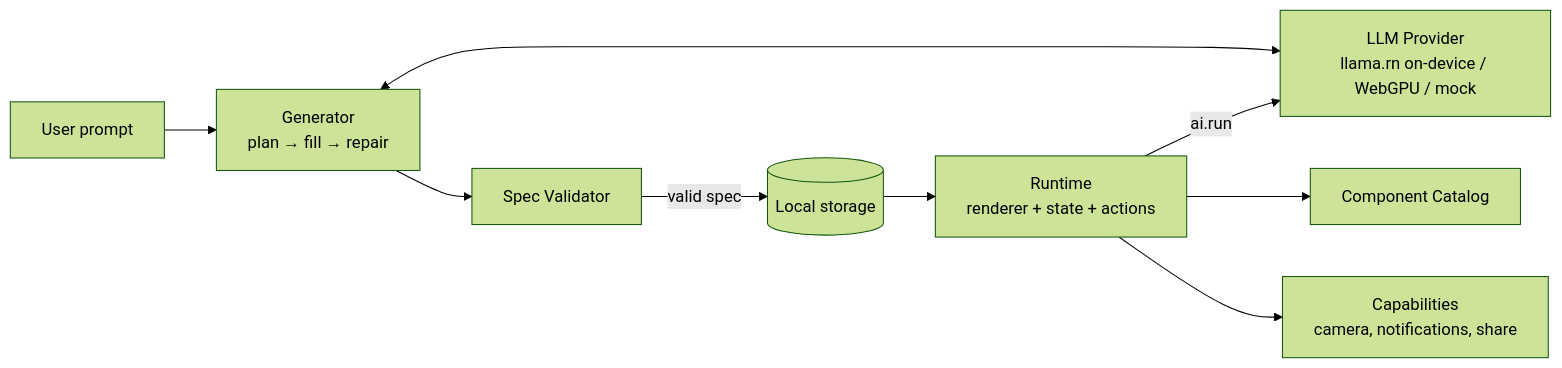
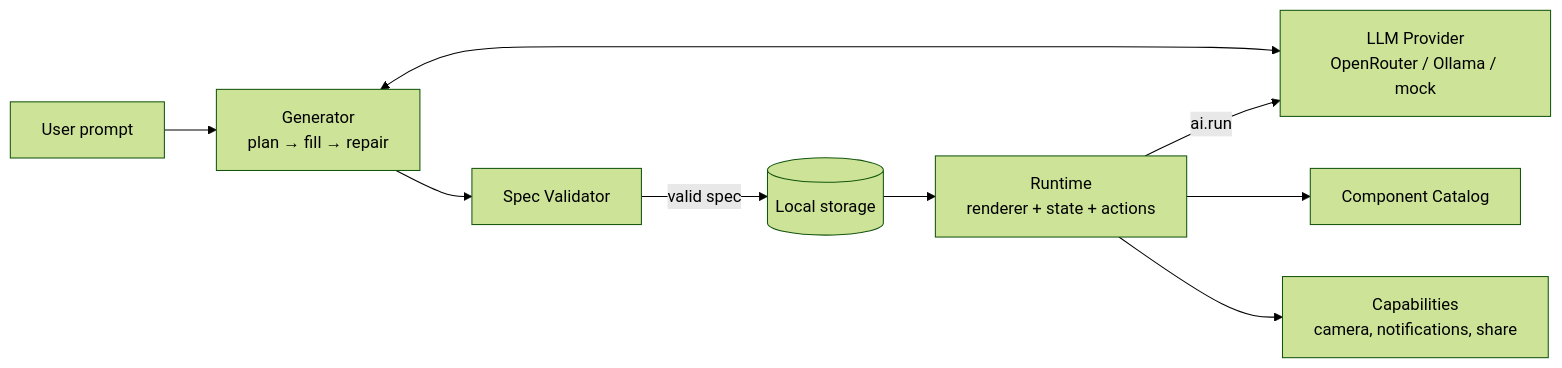
One commit to ru-das/jackapp changed the first of 2 diagrams in docs/ARCHITECTURE.md. Above: the diagram before and after it, drawn with Mermaid (forest theme). The commit also changed other lines of this file and 44 other files, not shown here.

First line of the commit message:
feat(ai): OpenRouter default with a free model per step, Ollama for local, drop on-device inference [T-49]

````diff
--- a/docs/ARCHITECTURE.md
+++ b/docs/ARCHITECTURE.md
@@ -11,11 +11,11 @@
 ```mermaid
 flowchart LR
   U[User prompt] --> G[Generator<br/>plan → fill → repair]
-  G <--> P[LLM Provider<br/>llama.rn on-device / WebGPU / mock]
+  G <--> P[LLM Provider<br/>OpenRouter / Ollama / mock]
   G --> V[Spec Validator]
   V -->|valid spec| S[(Local storage)]
   S --> R[Runtime<br/>renderer + state + actions]
   R --> C[Component Catalog]
   R -->|ai.run| P
   R --> K[Capabilities<br/>camera, notifications, share]
 ```
````
